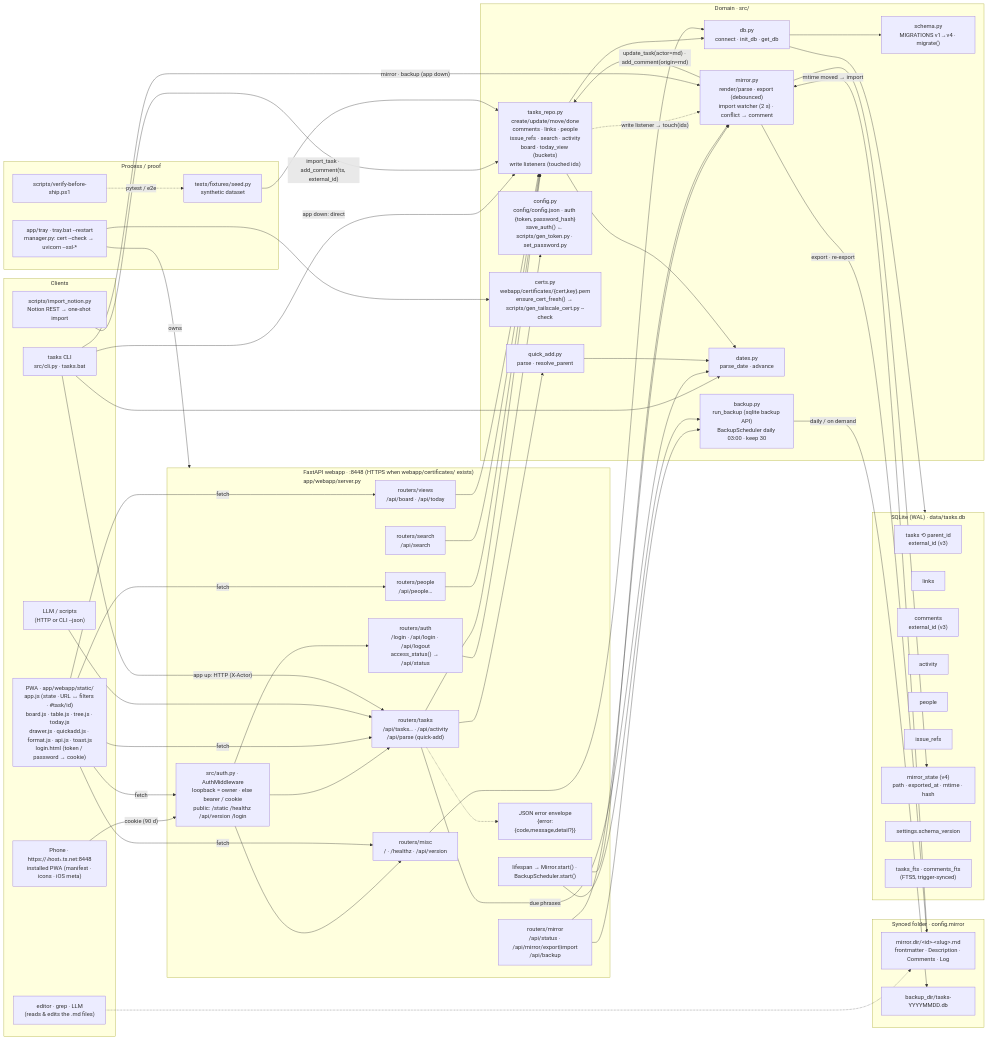
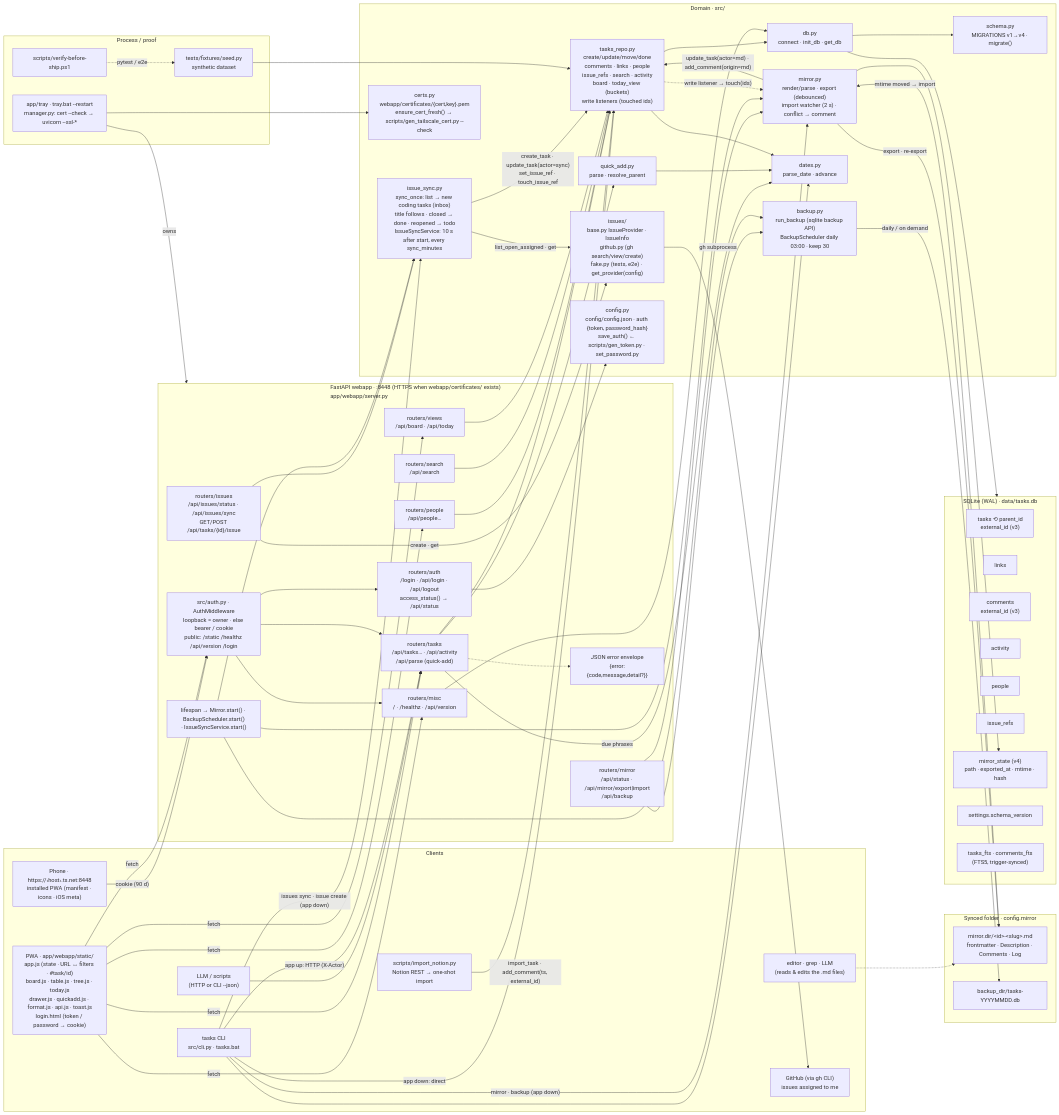
One commit to ferraroroberto/task-os changed the diagram in docs/architecture.mmd. Above: the diagram before and after it, drawn with Mermaid. The commit also changed 64 other files, not shown here.

First line of the commit message:
feat: GitHub issue provider → coding tasks (Step 8/13) (#23)

```diff
--- a/docs/architecture.mmd
+++ b/docs/architecture.mmd
@@ -1,105 +1,116 @@
 %% task-os — internal architecture (hand-authored; update in the same PR as
 %% any material structural change: a new route family, a new src module, a
 %% new client surface, a schema step). Not generated, not checked by the gate.
 flowchart LR
   subgraph clients["Clients"]
     pwa["PWA · app/webapp/static/<br/>app.js (state · URL ↔ filters · #task/id)<br/>board.js · table.js · tree.js · today.js<br/>drawer.js · quickadd.js · format.js · api.js · toast.js<br/>login.html (token / password → cookie)"]
     phone["Phone · https://‹host›.ts.net:8448<br/>installed PWA (manifest · icons · iOS meta)"]
     cli["tasks CLI<br/>src/cli.py · tasks.bat"]
     llm["LLM / scripts<br/>(HTTP or CLI --json)"]
     notion["scripts/import_notion.py<br/>Notion REST → one-shot import"]
     editor["editor · grep · LLM<br/>(reads & edits the .md files)"]
+    forge["GitHub (via gh CLI)<br/>issues assigned to me"]
   end
 
   subgraph webapp["FastAPI webapp · :8448 (HTTPS when webapp/certificates/ exists)<br/>app/webapp/server.py"]
     authmw["src/auth.py · AuthMiddleware<br/>loopback = owner · else bearer / cookie<br/>public: /static /healthz /api/version /login"]
     misc["routers/misc<br/>/ · /healthz · /api/version"]
     authr["routers/auth<br/>/login · /api/login · /api/logout<br/>access_status() → /api/status"]
     tasksr["routers/tasks<br/>/api/tasks… · /api/activity<br/>/api/parse (quick-add)"]
     peopler["routers/people<br/>/api/people…"]
     searchr["routers/search<br/>/api/search"]
     viewsr["routers/views<br/>/api/board · /api/today"]
     mirrorr["routers/mirror<br/>/api/status · /api/mirror/export|import<br/>/api/backup"]
+    issuesr["routers/issues<br/>/api/issues/status · /api/issues/sync<br/>GET/POST /api/tasks/{id}/issue"]
     errors["JSON error envelope<br/>{error:{code,message,detail?}}"]
-    lifespan["lifespan → Mirror.start() · BackupScheduler.start()"]
+    lifespan["lifespan → Mirror.start() · BackupScheduler.start()<br/>· IssueSyncService.start()"]
   end
 
   subgraph domain["Domain · src/"]
     repo["tasks_repo.py<br/>create/update/move/done<br/>comments · links · people<br/>issue_refs · search · activity<br/>board · today_view (buckets)<br/>write listeners (touched ids)"]
     mirror["mirror.py<br/>render/parse · export (debounced)<br/>import watcher (2 s) · conflict → comment"]
     backup["backup.py<br/>run_backup (sqlite backup API)<br/>BackupScheduler daily 03:00 · keep 30"]
+    issync["issue_sync.py<br/>sync_once: list → new coding tasks (inbox)<br/>title follows · closed → done · reopened → todo<br/>IssueSyncService: 10 s after start, every sync_minutes"]
+    issues["issues/<br/>base.py IssueProvider · IssueInfo<br/>github.py (gh search/view/create)<br/>fake.py (tests, e2e) · get_provider(config)"]
     dates["dates.py<br/>parse_date · advance"]
     qa["quick_add.py<br/>parse · resolve_parent"]
     schema["schema.py<br/>MIGRATIONS v1→v4 · migrate()"]
     db["db.py<br/>connect · init_db · get_db"]
     config["config.py<br/>config/config.json · auth {token, password_hash}<br/>save_auth() ← scripts/gen_token.py · set_password.py"]
     certs["certs.py<br/>webapp/certificates/{cert,key}.pem<br/>ensure_cert_fresh() → scripts/gen_tailscale_cert.py --check"]
   end
 
   subgraph storage["SQLite (WAL) · data/tasks.db"]
     t["tasks ⟲ parent_id<br/>external_id (v3)"]
     l["links"]
     c["comments<br/>external_id (v3)"]
     a["activity"]
     p["people"]
     i["issue_refs"]
     ms["mirror_state (v4)<br/>path · exported_at · mtime · hash"]
     s["settings.schema_version"]
     fts["tasks_fts · comments_fts<br/>(FTS5, trigger-synced)"]
   end
 
   subgraph files["Synced folder · config.mirror"]
     mdfiles["mirror.dir/&lt;id&gt;-&lt;slug&gt;.md<br/>frontmatter · Description · Comments · Log"]
     bakfiles["backup_dir/tasks-YYYYMMDD.db"]
   end
 
   subgraph ops["Process / proof"]
     tray["app/tray · tray.bat --restart<br/>manager.py: cert --check → uvicorn --ssl-*"]
     gate["scripts/verify-before-ship.ps1"]
     seed["tests/fixtures/seed.py<br/>synthetic dataset"]
   end
 
   phone -->|"cookie (90 d)"| authmw
   pwa -->|fetch| authmw
   authmw --> misc
   authmw --> authr
   authmw --> tasksr
   authr --> config
   pwa -->|fetch| misc
   pwa -->|fetch| tasksr
   pwa -->|fetch| peopler
   pwa -->|fetch| viewsr
   llm --> tasksr
   cli -->|"app up: HTTP (X-Actor)"| tasksr
   cli -->|"app down: direct"| repo
   notion -->|"import_task · add_comment(ts, external_id)"| repo
   cli --> dates
   tasksr --> repo
   tasksr --> qa
   tasksr -->|"due phrases"| dates
   qa --> dates
   peopler --> repo
   searchr --> repo
   viewsr --> repo
   mirrorr --> mirror
   mirrorr --> backup
+  issuesr --> issync
+  issuesr -->|"create · get"| issues
   lifespan --> mirror
   lifespan --> backup
+  lifespan --> issync
+  issync -->|"list_open_assigned · get"| issues
+  issues -->|"gh subprocess"| forge
+  issync -->|"create_task · update_task(actor=sync)<br/>set_issue_ref · touch_issue_ref"| repo
+  cli -->|"issues sync · issue create (app down)"| issync
   repo -.->|"write listener → touch(ids)"| mirror
   mirror -->|"update_task(actor=md) · add_comment(origin=md)"| repo
   mirror -->|"export · re-export"| mdfiles
   mdfiles -->|"mtime moved → import"| mirror
   editor -.-> mdfiles
   mirror --> ms
   backup -->|"daily / on demand"| bakfiles
   cli -->|"mirror · backup (app down)"| mirror
   tasksr -.-> errors
   repo --> dates
   repo --> db
   db --> schema
   db --> storage
   misc --> db
   tray -->|owns| webapp
   tray --> certs
   gate -.->|pytest / e2e| seed
   seed --> repo
```
